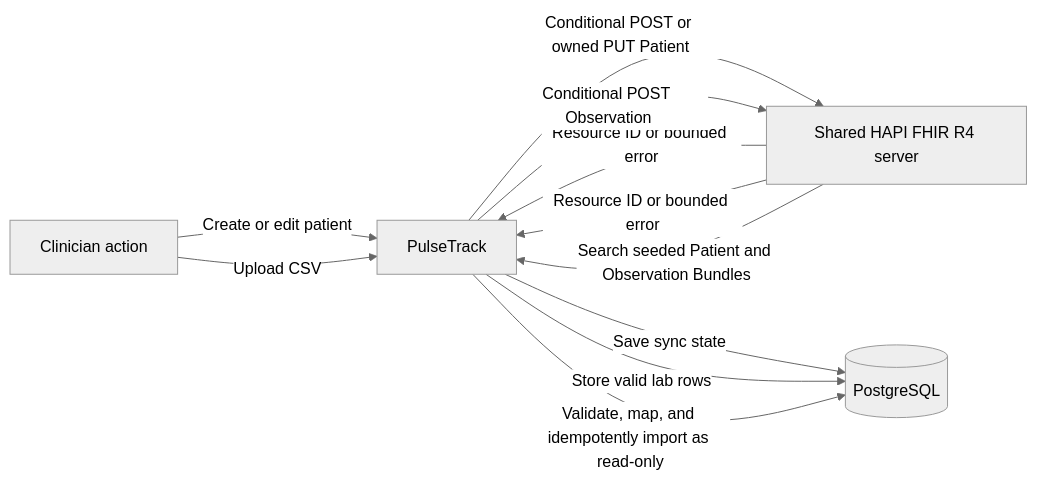
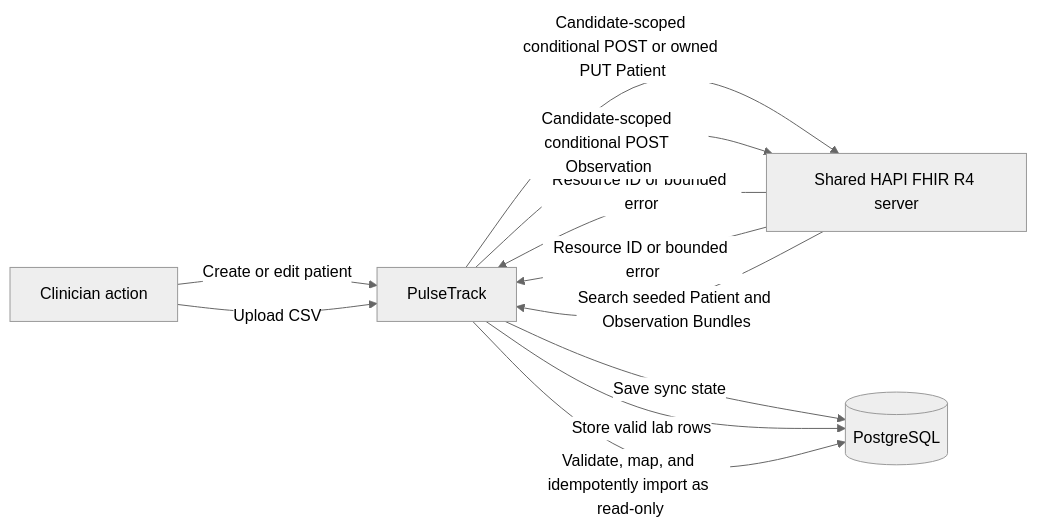
Before and after one commit to MaryamHmayed/pulsetrack: the second of 3 diagrams in README.md, drawn with Mermaid (neutral theme). The commit also changed other lines of this file, not shown here.

````diff
--- a/README.md
+++ b/README.md
@@ -190,20 +194,20 @@
 ```mermaid
 flowchart LR
     UI[Clinician action]
     APP[PulseTrack]
     DB[(PostgreSQL)]
     FHIR[Shared HAPI FHIR R4 server]
 
     UI -->|Create or edit patient| APP
-    APP -->|Conditional POST or owned PUT Patient| FHIR
+    APP -->|Candidate-scoped conditional POST or owned PUT Patient| FHIR
     FHIR -->|Resource ID or bounded error| APP
     APP -->|Save sync state| DB
 
     UI -->|Upload CSV| APP
     APP -->|Store valid lab rows| DB
-    APP -->|Conditional POST Observation| FHIR
+    APP -->|Candidate-scoped conditional POST Observation| FHIR
     FHIR -->|Resource ID or bounded error| APP
 
     FHIR -->|Search seeded Patient and Observation Bundles| APP
     APP -->|Validate, map, and idempotently import as read-only| DB
 ```
````
